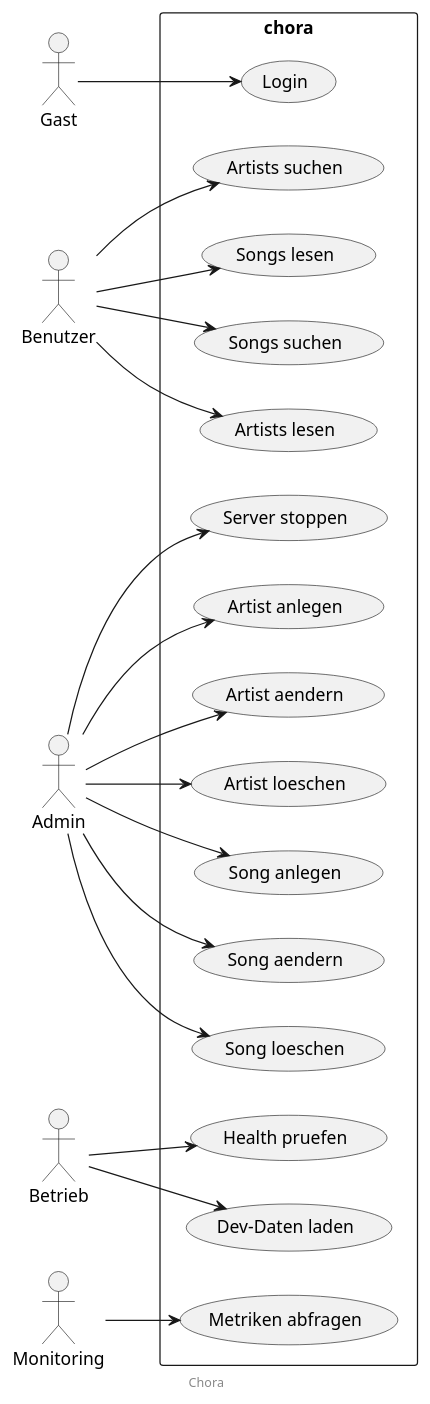
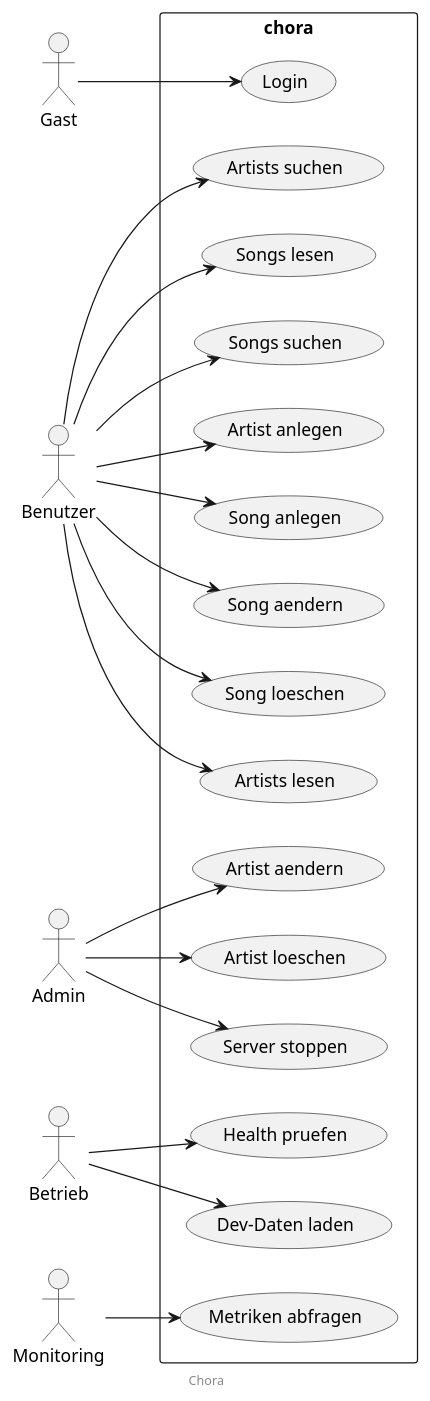
Before and after one commit to niko1405/chora-backend: the diagram in docs/diagramme/src/use-cases.plantuml, drawn with PlantUML. The commit also changed 2 other files, not shown here.

Commit message:
UML Diagramme verändert

```diff
--- a/docs/diagramme/src/use-cases.plantuml
+++ b/docs/diagramme/src/use-cases.plantuml
@@ -18,47 +18,47 @@
 @startuml use-cases
 
 left to right direction
 
 actor "Gast" as guest
 actor "Benutzer" as user
 actor "Admin" as admin
 actor "Betrieb" as operations
 actor "Monitoring" as monitoring
 
 rectangle chora {
   (Login)
   (Artists lesen)
   (Artists suchen)
   (Songs lesen)
   (Songs suchen)
   (Artist anlegen)
   (Artist aendern)
   (Artist loeschen)
   (Song anlegen)
   (Song aendern)
   (Song loeschen)
   (Health pruefen)
   (Metriken abfragen)
   (Dev-Daten laden)
   (Server stoppen)
 }
 
 guest --> (Login)
 user --> (Artists lesen)
 user --> (Artists suchen)
 user --> (Songs lesen)
 user --> (Songs suchen)
-admin --> (Artist anlegen)
+user --> (Artist anlegen)
+user --> (Song anlegen)
+user --> (Song aendern)
+user --> (Song loeschen)
 admin --> (Artist aendern)
 admin --> (Artist loeschen)
-admin --> (Song anlegen)
-admin --> (Song aendern)
-admin --> (Song loeschen)
 admin --> (Server stoppen)
 operations --> (Health pruefen)
 operations --> (Dev-Daten laden)
 monitoring --> (Metriken abfragen)
 
 footer Chora
 
 @enduml
```
